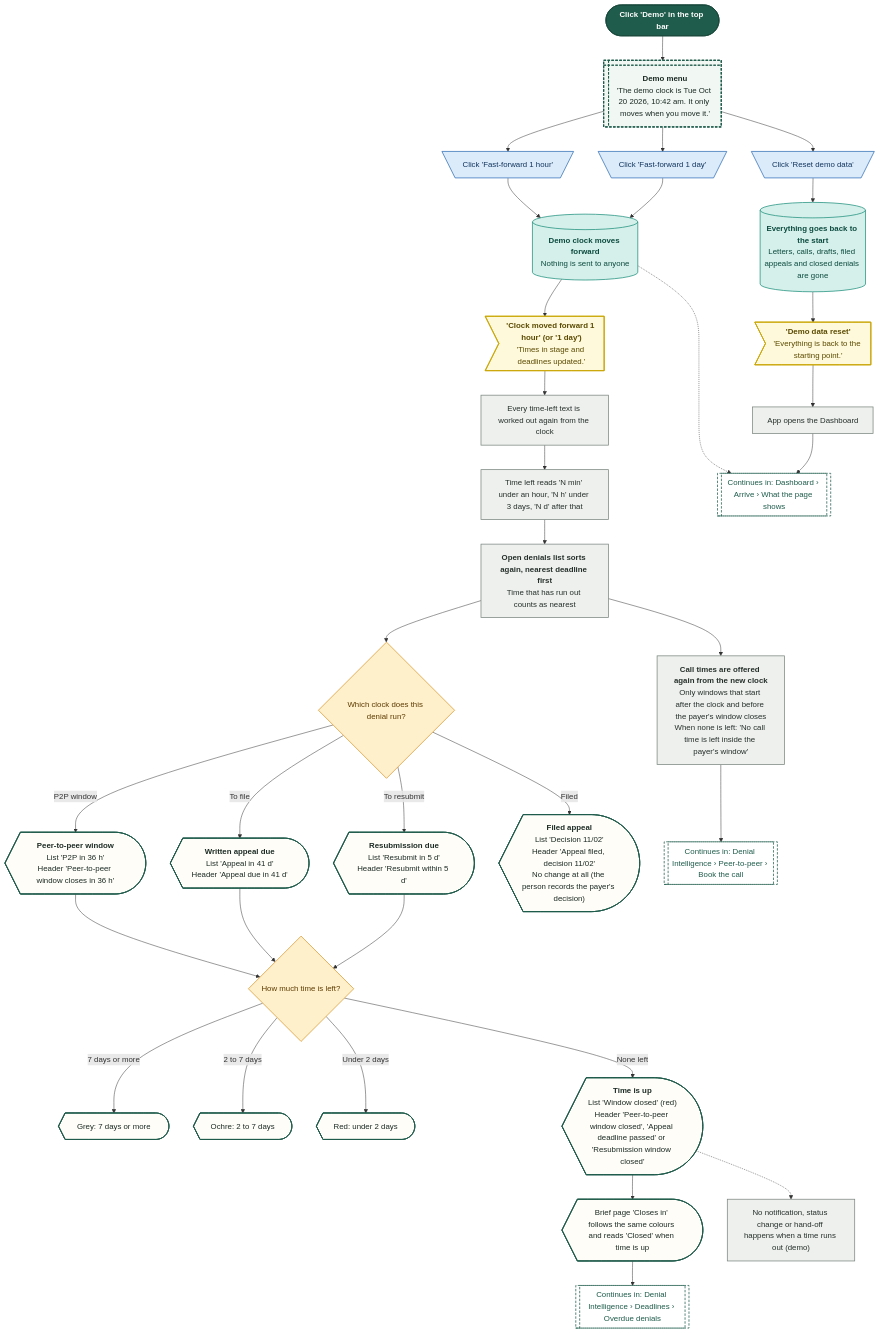
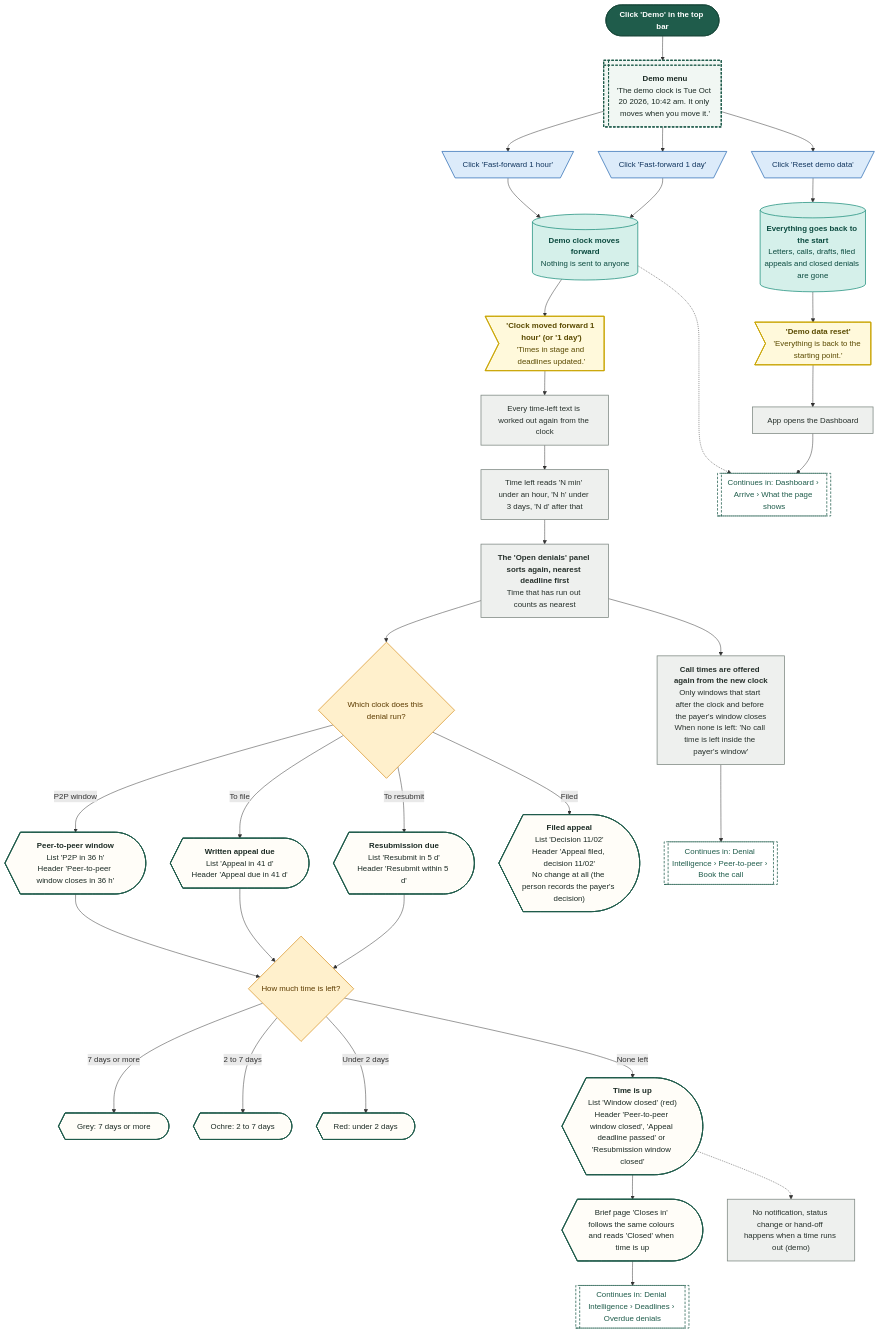
Diagram 23 of 28 in demos/prior-auth-demo/workflows/out/md/06-denials.md (Shrav143/psyfloapp), drawn with Mermaid before and after one commit. The commit also changed other lines of this file and 251 other files, not shown here.

First line of the commit message:
docs: rebuild the workflow diagrams (291) for round 4

````diff
--- a/demos/prior-auth-demo/workflows/out/md/06-denials.md
+++ b/demos/prior-auth-demo/workflows/out/md/06-denials.md
@@ -1730,80 +1823,80 @@
 ```mermaid
 %%{init: {"theme":"base","themeVariables":{"fontFamily":"'DM Sans', 'Segoe UI', system-ui, sans-serif","fontSize":"15px","lineColor":"#5B6B63","primaryTextColor":"#1C2B25","clusterBkg":"#FBF8F3","clusterBorder":"#D9CDBB","edgeLabelBackground":"#FFFFFF"},"flowchart":{"curve":"basis","nodeSpacing":36,"rankSpacing":48,"padding":12,"htmlLabels":true,"useMaxWidth":false,"wrappingWidth":230}} }%%
 flowchart TD
   classDef k_start fill:#1F5C4B,stroke:#174638,color:#FFFFFF,stroke-width:1.5px,font-weight:600
   classDef k_end fill:#DDEFE3,stroke:#2E7D4F,color:#14502F,stroke-width:1.5px,font-weight:600
   classDef k_endx fill:#FBE3E0,stroke:#C0392B,color:#7A1F16,stroke-width:1.5px,font-weight:600
   classDef k_screen fill:#FFFDF8,stroke:#1F5C4B,color:#1C2B25,stroke-width:2px
   classDef k_overlay fill:#F1F7F3,stroke:#1F5C4B,color:#1C2B25,stroke-width:2px,stroke-dasharray:5 3
   classDef k_click fill:#DCEBFA,stroke:#2F6DB5,color:#12365F,stroke-width:1.5px
   classDef k_input fill:#E4E7FF,stroke:#4C5FD5,color:#1D2670,stroke-width:1.5px
   classDef k_process fill:#EEF0EE,stroke:#7A857F,color:#26302B,stroke-width:1.5px
   classDef k_agent fill:#EEE5FA,stroke:#7A4FC2,color:#341A63,stroke-width:1.5px
   classDef k_decision fill:#FFF0CC,stroke:#D9962B,color:#5C3B00,stroke-width:1.5px
   classDef k_store fill:#D5F0EA,stroke:#1C8E7B,color:#0B4A3F,stroke-width:1.5px
   classDef k_doc fill:#F6E9DC,stroke:#B07A4C,color:#4A2E14,stroke-width:1.5px
   classDef k_ext fill:#FFE6D2,stroke:#E07B39,color:#6B2F06,stroke-width:1.5px
   classDef k_wait fill:#E4E8EE,stroke:#6B7C93,color:#26303D,stroke-width:1.5px
   classDef k_toast fill:#FFF9DB,stroke:#C9A400,color:#5A4A00,stroke-width:1.5px
   classDef k_goto fill:#FFFFFF,stroke:#1F5C4B,color:#1F5C4B,stroke-width:1.5px,stroke-dasharray:5 3
   s1@{ shape: stadium, label: "Click 'Demo' in the top bar" }
   o1@{ shape: win-pane, label: "<b>Demo menu</b><br/>'The demo clock is Tue Oct 20 2026, 10:42 am. It only moves when you move it.'" }
   c1@{ shape: trap-t, label: "Click 'Fast-forward 1 hour'" }
   c2@{ shape: trap-t, label: "Click 'Fast-forward 1 day'" }
   st1@{ shape: cyl, label: "<b>Demo clock moves forward</b><br/>Nothing is sent to anyone" }
   t1@{ shape: odd, label: "<b>'Clock moved forward 1 hour' (or '1 day')</b><br/>'Times in stage and deadlines updated.'" }
   p1@{ shape: rect, label: "Every time-left text is worked out again from the clock" }
   p2@{ shape: rect, label: "Time left reads 'N min' under an hour, 'N h' under 3 days, 'N d' after that" }
-  p3@{ shape: rect, label: "<b>Open denials list sorts again, nearest deadline first</b><br/>Time that has run out counts as nearest" }
+  p3@{ shape: rect, label: "<b>The 'Open denials' panel sorts again, nearest deadline first</b><br/>Time that has run out counts as nearest" }
   d1@{ shape: diam, label: "Which clock does this denial run?" }
   k1@{ shape: curv-trap, label: "<b>Peer-to-peer window</b><br/>List 'P2P in 36 h'<br/>Header 'Peer-to-peer window closes in 36 h'" }
   k2@{ shape: curv-trap, label: "<b>Written appeal due</b><br/>List 'Appeal in 41 d'<br/>Header 'Appeal due in 41 d'" }
   k3@{ shape: curv-trap, label: "<b>Resubmission due</b><br/>List 'Resubmit in 5 d'<br/>Header 'Resubmit within 5 d'" }
   k4@{ shape: curv-trap, label: "<b>Filed appeal</b><br/>List 'Decision 11/02'<br/>Header 'Appeal filed, decision 11/02'<br/>No change at all (the person records the payer's decision)" }
   d2@{ shape: diam, label: "How much time is left?" }
   m1@{ shape: curv-trap, label: "Grey: 7 days or more" }
   m2@{ shape: curv-trap, label: "Ochre: 2 to 7 days" }
   m3@{ shape: curv-trap, label: "Red: under 2 days" }
   m4@{ shape: curv-trap, label: "<b>Time is up</b><br/>List 'Window closed' (red)<br/>Header 'Peer-to-peer window closed', 'Appeal deadline passed' or 'Resubmission window closed'" }
   m5@{ shape: curv-trap, label: "Brief page 'Closes in' follows the same colours and reads 'Closed' when time is up" }
   g1@{ shape: subproc, label: "Continues in: Denial Intelligence › Deadlines › Overdue denials" }
   p6@{ shape: rect, label: "<b>Call times are offered again from the new clock</b><br/>Only windows that start after the clock and before the payer's window closes<br/>When none is left: 'No call time is left inside the payer's window'" }
   g3@{ shape: subproc, label: "Continues in: Denial Intelligence › Peer-to-peer › Book the call" }
   g2@{ shape: subproc, label: "Continues in: Dashboard › Arrive › What the page shows" }
   p4@{ shape: rect, label: "No notification, status change or hand-off happens when a time runs out (demo)" }
   c3@{ shape: trap-t, label: "Click 'Reset demo data'" }
   st2@{ shape: cyl, label: "<b>Everything goes back to the start</b><br/>Letters, calls, drafts, filed appeals and closed denials are gone" }
   t2@{ shape: odd, label: "<b>'Demo data reset'</b><br/>'Everything is back to the starting point.'" }
   p5@{ shape: rect, label: "App opens the Dashboard" }
   s1 --> o1 --> c1
   o1 --> c2
   c1 --> st1
   c2 --> st1
   st1 --> t1 --> p1 --> p2 --> p3
   p3 --> d1
   d1 -->|"P2P window"| k1
   d1 -->|"To file"| k2
   d1 -->|"To resubmit"| k3
   d1 -->|"Filed"| k4
   k1 --> d2
   k2 --> d2
   k3 --> d2
   d2 -->|"7 days or more"| m1
   d2 -->|"2 to 7 days"| m2
   d2 -->|"Under 2 days"| m3
   d2 -->|"None left"| m4
   m4 --> m5 --> g1
   m4 -.-> p4
   st1 -.-> g2
   p3 --> p6 --> g3
   o1 --> c3 --> st2 --> t2 --> p5 --> g2
   class s1 k_start
   class o1 k_overlay
   class c1,c2,c3 k_click
   class st1,st2 k_store
   class t1,t2 k_toast
   class p1,p2,p3,p6,p4,p5 k_process
   class d1,d2 k_decision
   class k1,k2,k3,k4,m1,m2,m3,m4,m5 k_screen
   class g1,g3,g2 k_goto
 ```
````
